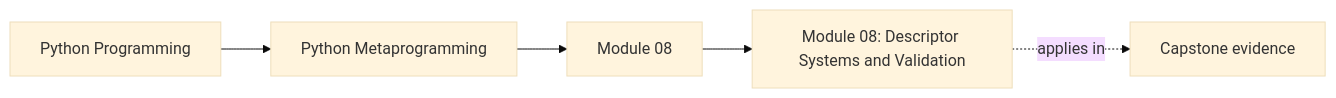
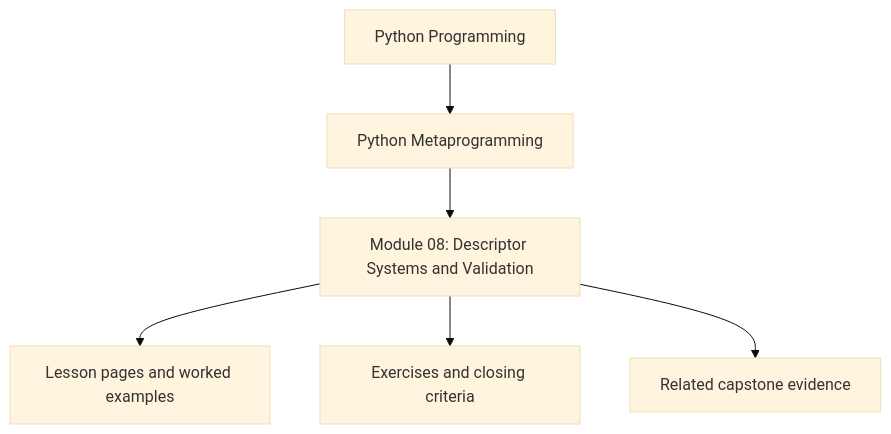
Before and after one commit to bijux/bijux-masterclass: the first of 3 diagrams in programs/python-programming/python-meta-programming/course-book/module-08-descriptor-systems-and-validation/index.md, drawn with Mermaid (base theme). The commit also changed other lines of this file and 10 other files, not shown here.

Commit message:
docs(python-meta-programming): reposition module overview diagrams

````diff
--- a/programs/python-programming/python-meta-programming/course-book/module-08-descriptor-systems-and-validation/index.md
+++ b/programs/python-programming/python-meta-programming/course-book/module-08-descriptor-systems-and-validation/index.md
@@ -8,11 +8,8 @@
 ```mermaid
-graph LR
-  family["Python Programming"]
-  program["Python Metaprogramming"]
-  section["Module 08"]
-  page["Module 08: Descriptor Systems and Validation"]
-  capstone["Capstone evidence"]
-
-  family --> program --> section --> page
-  page -.applies in.-> capstone
+flowchart TD
+  family["Python Programming"] --> program["Python Metaprogramming"]
+  program --> module["Module 08: Descriptor Systems and Validation"]
+  module --> lessons["Lesson pages and worked examples"]
+  module --> checkpoints["Exercises and closing criteria"]
+  module --> capstone["Related capstone evidence"]
 ```
````
